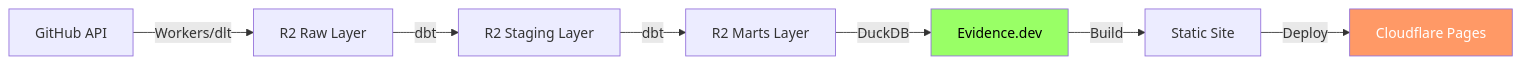
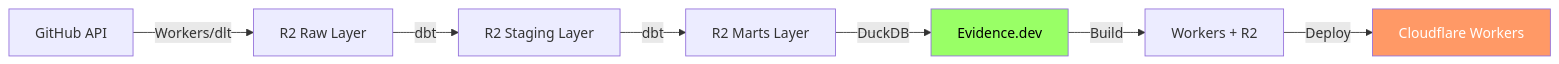
One commit to ta93abe/data-engineering-with-cloudflare changed the diagram in docs/github-evidence-design.md. Above: the diagram before and after it, drawn with Mermaid. The commit also changed other lines of this file, not shown here.

First line of the commit message:
refactor: Change Evidence hosting from Pages to Workers + R2

````diff
--- a/docs/github-evidence-design.md
+++ b/docs/github-evidence-design.md
@@ -58,12 +58,12 @@
 ```mermaid
 graph LR
     A[GitHub API] -->|Workers/dlt| B[R2 Raw Layer]
     B -->|dbt| C[R2 Staging Layer]
     C -->|dbt| D[R2 Marts Layer]
     D -->|DuckDB| E[Evidence.dev]
-    E -->|Build| F[Static Site]
-    F -->|Deploy| G[Cloudflare Pages]
+    E -->|Build| F[Workers + R2]
+    F -->|Deploy| G[Cloudflare Workers]
 
     style E fill:#9f6,color:#000
     style G fill:#f96,color:#fff
 ```
````
